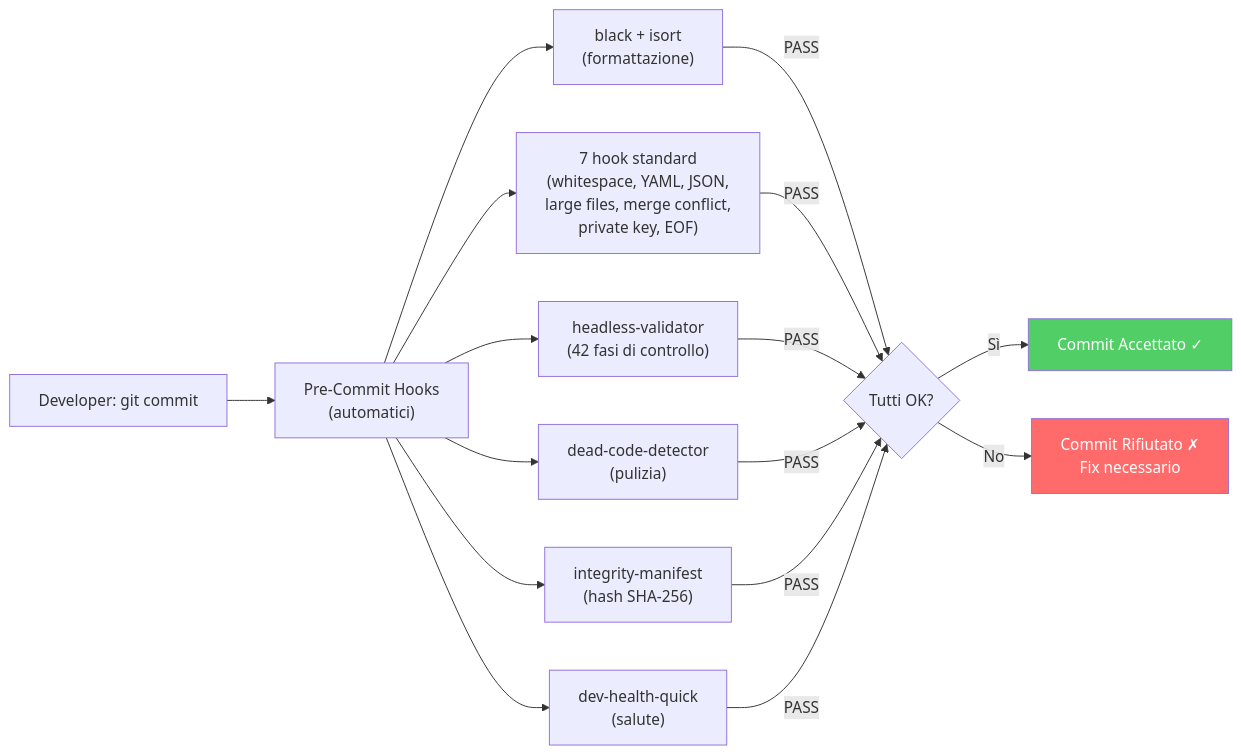
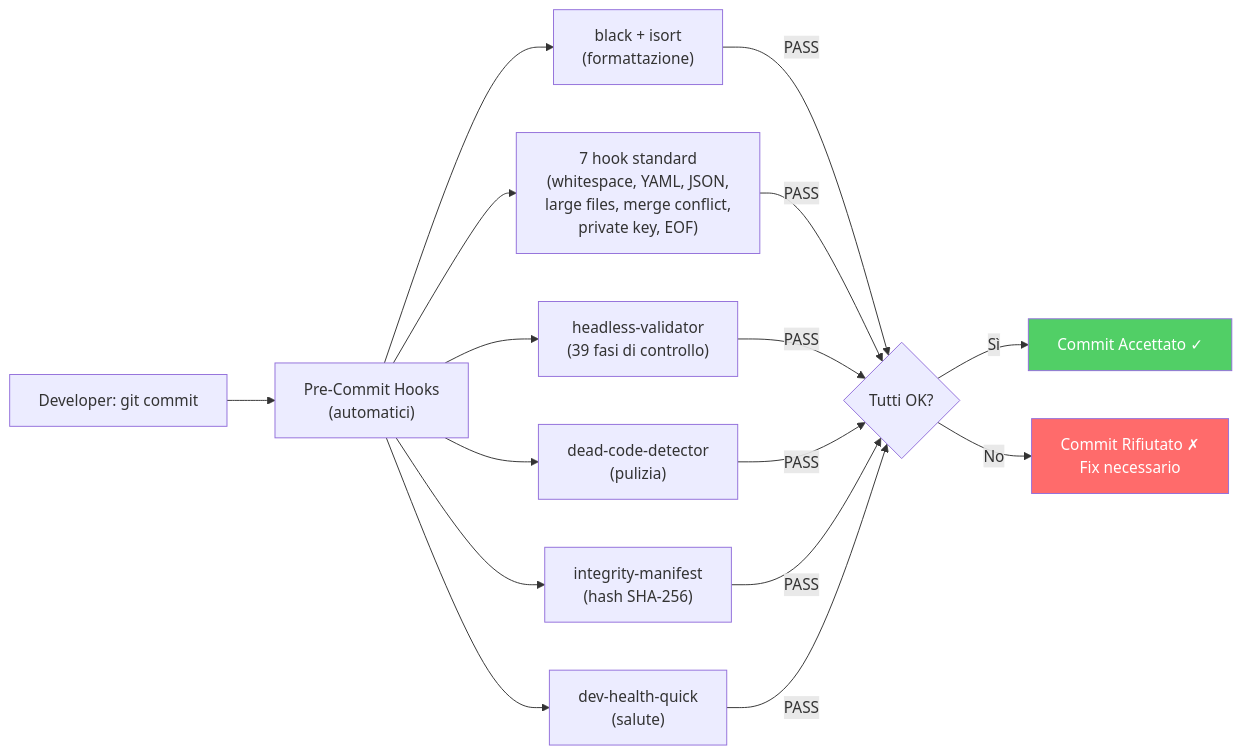
Before and after one commit to renanaugustomacena-ux/Counter-Strike-coach-AI: diagram 44 of 52 in docs/books/Book-Coach-3.md, drawn with Mermaid. The commit also changed other lines of this file and 36 other files, not shown here.

````diff
--- a/docs/books/Book-Coach-3.md
+++ b/docs/books/Book-Coach-3.md
@@ -2369,21 +2462,21 @@
 ```mermaid
 flowchart LR
     DEV["Developer: git commit"]
     DEV --> HOOKS["Pre-Commit Hooks<br/>(automatici)"]
     HOOKS --> BF["black + isort<br/>(formattazione)"]
     HOOKS --> STD["7 hook standard<br/>(whitespace, YAML, JSON,<br/>large files, merge conflict,<br/>private key, EOF)"]
-    HOOKS --> VALID["headless-validator<br/>(42 fasi di controllo)"]
+    HOOKS --> VALID["headless-validator<br/>(39 fasi di controllo)"]
     HOOKS --> DEAD["dead-code-detector<br/>(pulizia)"]
     HOOKS --> INTEG["integrity-manifest<br/>(hash SHA-256)"]
     HOOKS --> HEALTH["dev-health-quick<br/>(salute)"]
     BF -->|"PASS"| OK{"Tutti OK?"}
     STD -->|"PASS"| OK
     VALID -->|"PASS"| OK
     DEAD -->|"PASS"| OK
     INTEG -->|"PASS"| OK
     HEALTH -->|"PASS"| OK
     OK -->|"Sì"| COMMIT["Commit Accettato ✓"]
     OK -->|"No"| REJECT["Commit Rifiutato ✗<br/>Fix necessario"]
     style COMMIT fill:#51cf66,color:#fff
     style REJECT fill:#ff6b6b,color:#fff
 ```
````
